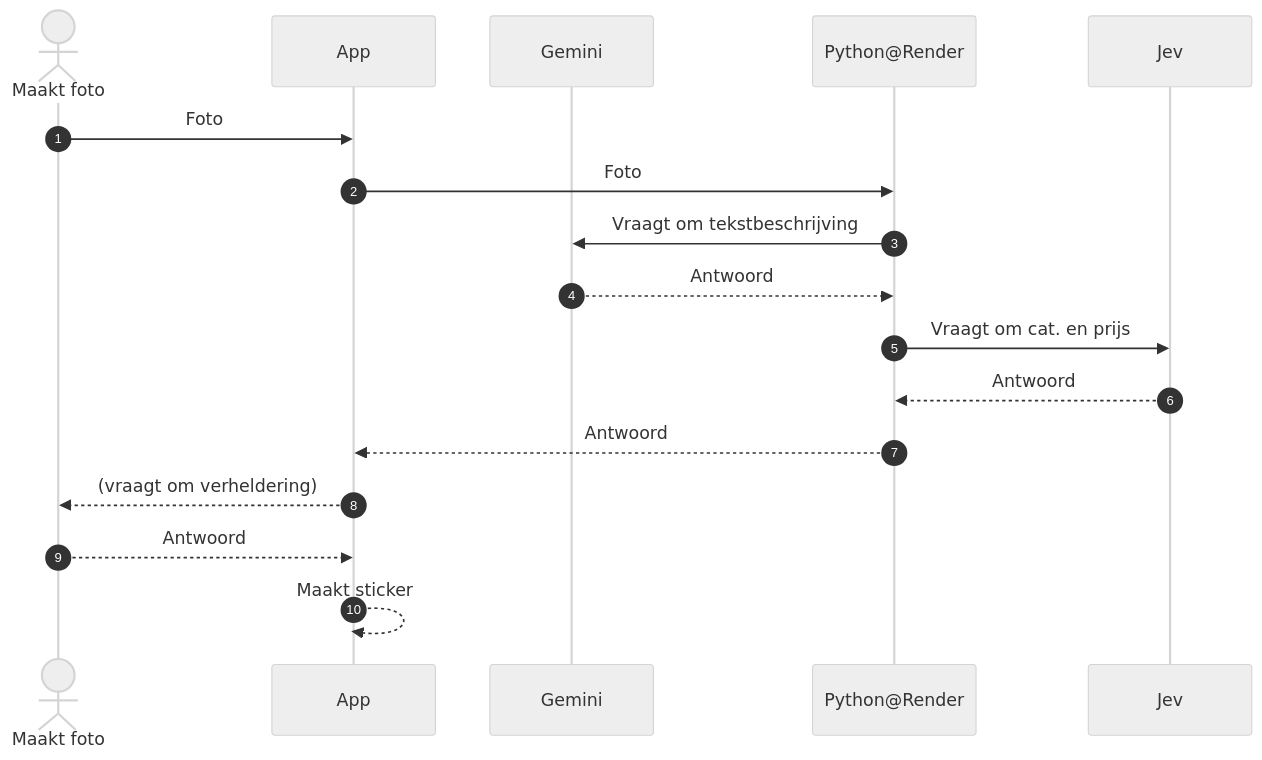
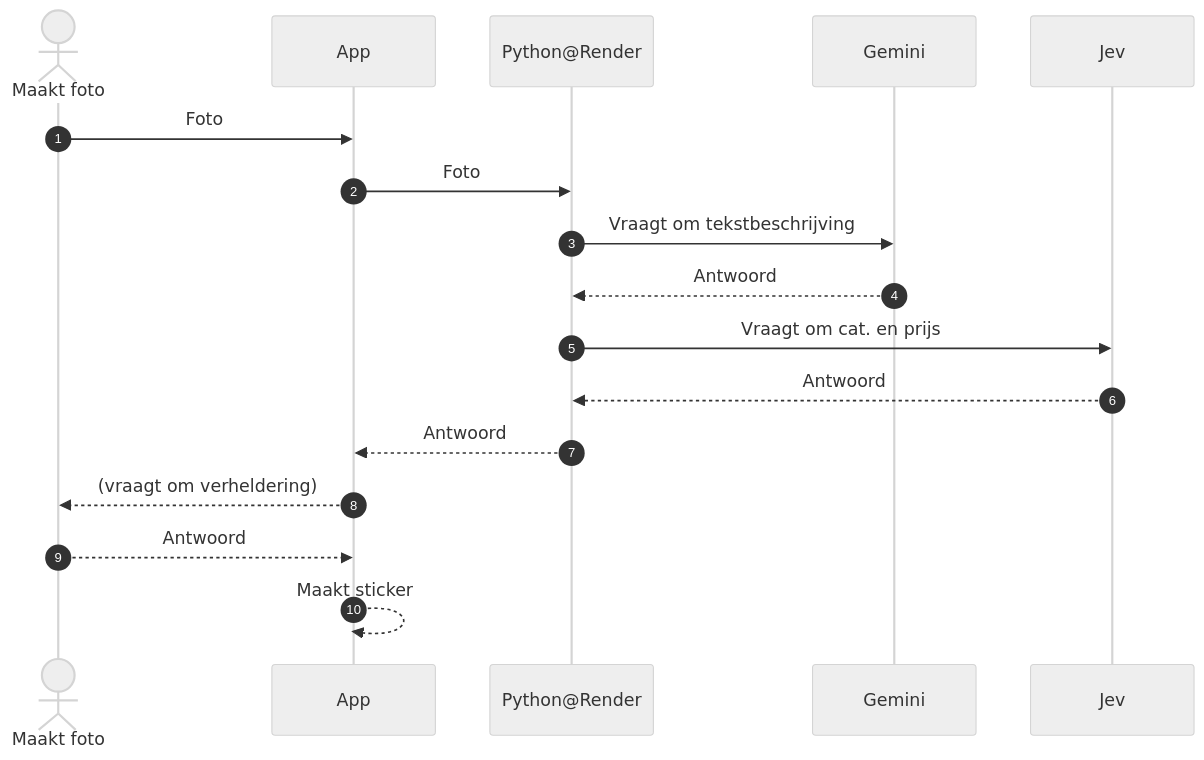
One commit to tomsch1kels/shittier changed the diagram in Wireframes/sequenceDiag.md. Above: the diagram before and after it, drawn with Mermaid (neutral theme). The commit also changed other lines of this file, not shown here.

````diff
--- a/Wireframes/sequenceDiag.md
+++ b/Wireframes/sequenceDiag.md
@@ -2,20 +2,20 @@
 ```mermaid
 sequenceDiagram
     autonumber
     actor MaaktFoto as Maakt foto
     participant App as App
+    participant Flask as Python@Render
     participant Gemini as Gemini
-    participant Flask as Python@Render
     participant Jev as Jev
 
     MaaktFoto->>App: Foto
     App->>Flask: Foto
     Flask->>Gemini: Vraagt om tekstbeschrijving
     Gemini-->>Flask: Antwoord
     Flask->>Jev: Vraagt om cat. en prijs
     Jev-->>Flask: Antwoord
     Flask-->>App: Antwoord
     App-->>MaaktFoto: (vraagt om verheldering)
     MaaktFoto-->>App: Antwoord
     App-->>App: Maakt sticker
 ```
````
